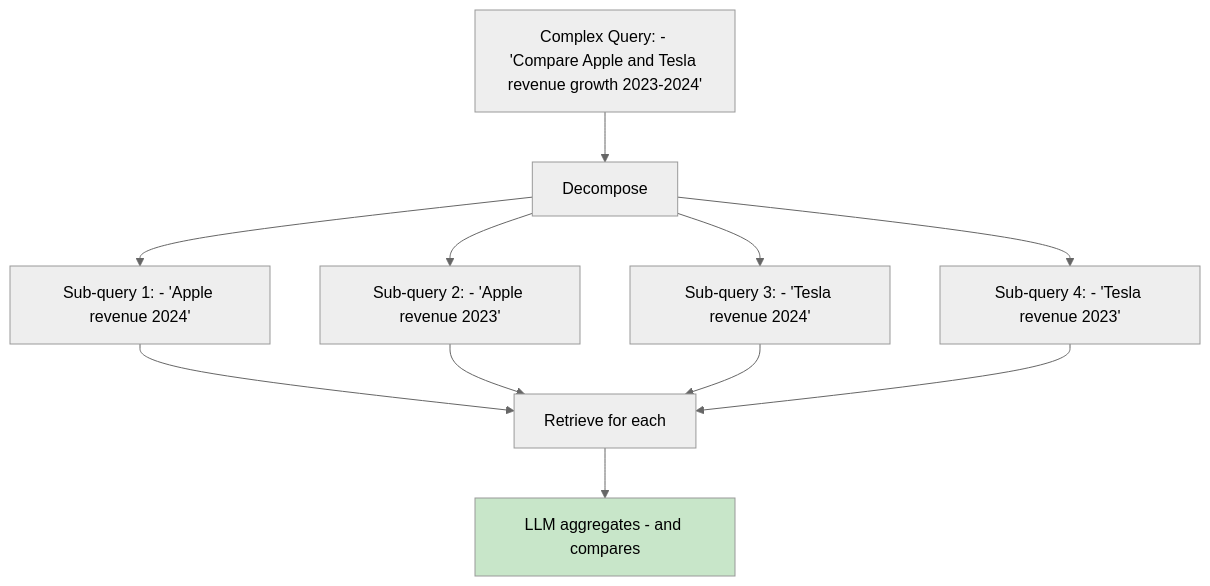
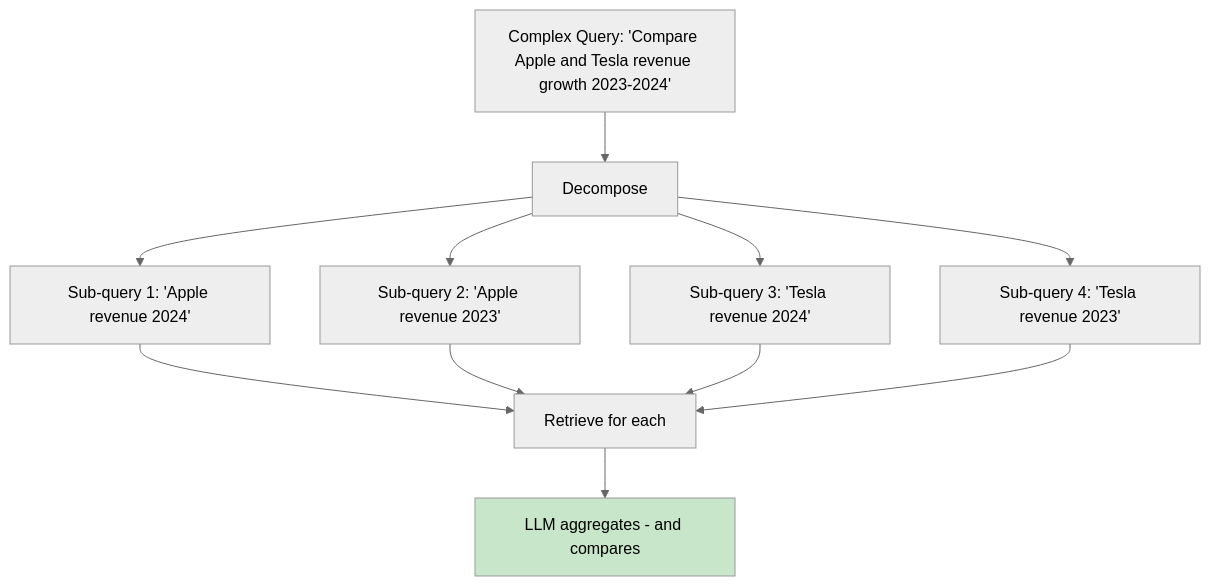
Before and after one commit to indhra/llm_rag_sec_findings: the third of 10 diagrams in docs/learning/08-advanced-rag.md, drawn with Mermaid (neutral theme). The commit also changed other lines of this file and 9 other files, not shown here.

````diff
--- a/docs/learning/08-advanced-rag.md
+++ b/docs/learning/08-advanced-rag.md
@@ -115,19 +115,19 @@
 ```mermaid
 graph TD
-    Q[Complex Query: - 'Compare Apple and Tesla revenue growth 2023-2024'] 
+    Q["Complex Query: 'Compare Apple and Tesla revenue growth 2023-2024'"] 
     
-    Q --> D[Decompose]
-    D --> Q1[Sub-query 1: - 'Apple revenue 2024']
-    D --> Q2[Sub-query 2: - 'Apple revenue 2023']
-    D --> Q3[Sub-query 3: - 'Tesla revenue 2024']
-    D --> Q4[Sub-query 4: - 'Tesla revenue 2023']
+    Q --> D["Decompose"]
+    D --> Q1["Sub-query 1: 'Apple revenue 2024'"]
+    D --> Q2["Sub-query 2: 'Apple revenue 2023'"]
+    D --> Q3["Sub-query 3: 'Tesla revenue 2024'"]
+    D --> Q4["Sub-query 4: 'Tesla revenue 2023'"]
     
-    Q1 --> R[Retrieve for each]
+    Q1 --> R["Retrieve for each"]
     Q2 --> R
     Q3 --> R
     Q4 --> R
     
-    R --> A[LLM aggregates - and compares]
+    R --> A["LLM aggregates - and compares"]
     
     style A fill:#c8e6c9
 ```
````
